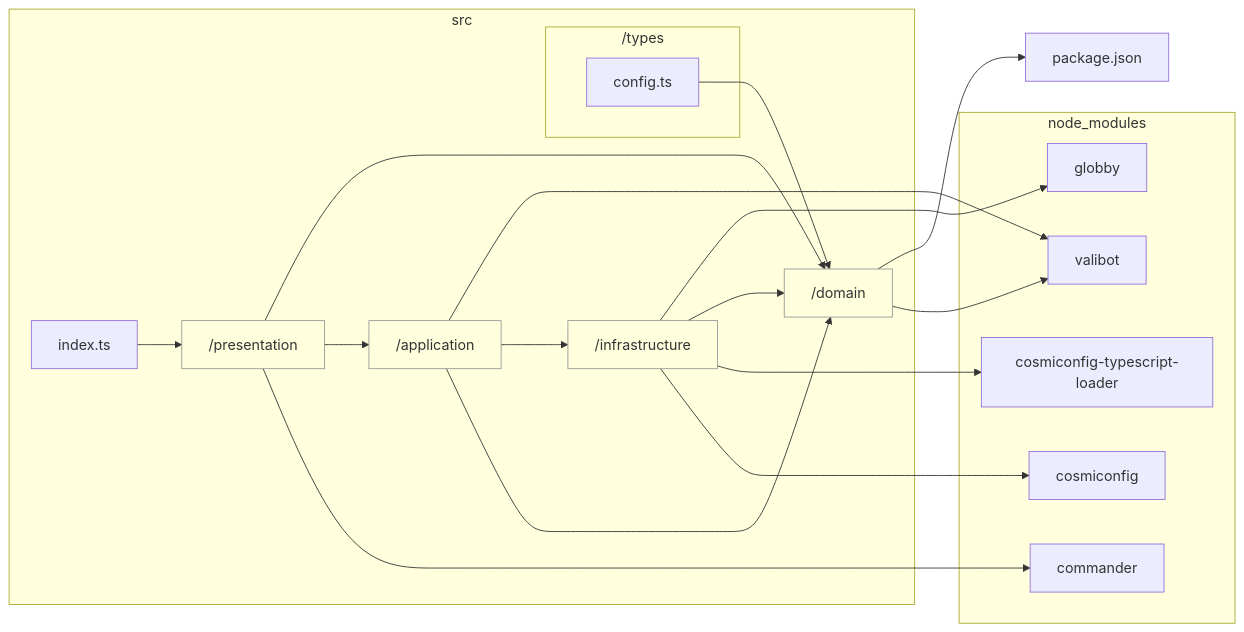
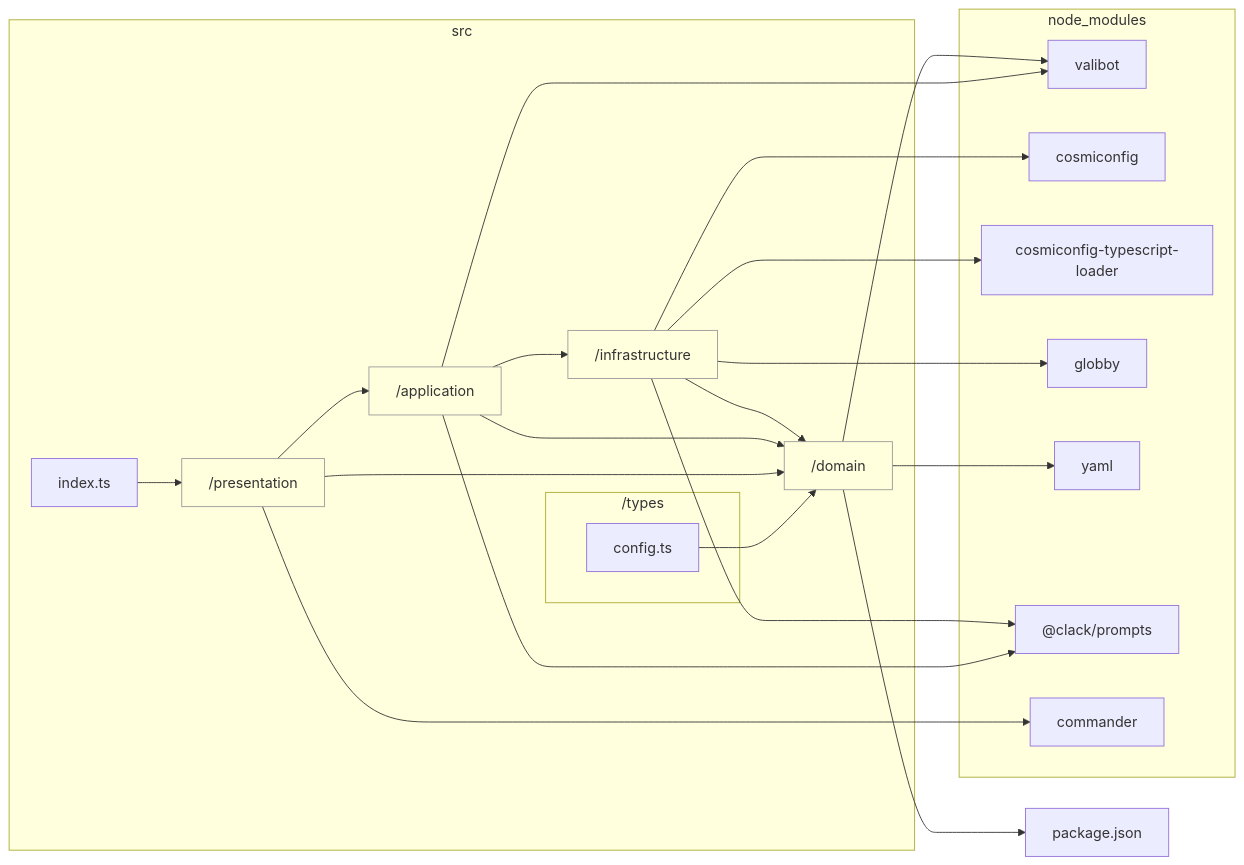
The diagram in docs/reports/dependencies/layers.md (sugurutakahashi-1234/mermaid-markdown-wrap), drawn with Mermaid before and after one commit. The commit also changed 12 other files, not shown here.

````diff
--- a/docs/reports/dependencies/layers.md
+++ b/docs/reports/dependencies/layers.md
@@ -7,35 +7,40 @@
 ```mermaid
 flowchart LR
     classDef dir fill:#0000,stroke:#999
     subgraph src["src"]
         src/domain["/domain"]:::dir
         src/infrastructure["/infrastructure"]:::dir
         src/application["/application"]:::dir
         src/presentation["/presentation"]:::dir
         src/index.ts["index.ts"]
         subgraph src/types["/types"]
             src/types/config.ts["config.ts"]
         end
     end
     subgraph node//modules["node_modules"]
         node//modules/valibot/dist/index.d.cts["valibot"]
         node//modules/cosmiconfig/dist/index.d.ts["cosmiconfig"]
         node//modules/cosmiconfig//typescript//loader/dist/types/index.d.ts["cosmiconfig-typescript-loader"]
         node//modules/globby/index.d.ts["globby"]
+        node//modules/yaml/dist/index.d.ts["yaml"]
+        node//modules///clack/prompts/dist/index.d.ts["@clack/prompts"]
         node//modules/commander/typings/index.d.ts["commander"]
     end
     src/domain-->node//modules/valibot/dist/index.d.cts
     src/domain-->package.json
     src/infrastructure-->node//modules/cosmiconfig/dist/index.d.ts
     src/infrastructure-->node//modules/cosmiconfig//typescript//loader/dist/types/index.d.ts
     src/infrastructure-->src/domain
     src/infrastructure-->node//modules/globby/index.d.ts
     src/application-->src/domain
     src/application-->src/infrastructure
+    src/domain-->node//modules/yaml/dist/index.d.ts
+    src/infrastructure-->node//modules///clack/prompts/dist/index.d.ts
+    src/application-->node//modules///clack/prompts/dist/index.d.ts
     src/application-->node//modules/valibot/dist/index.d.cts
     src/presentation-->node//modules/commander/typings/index.d.ts
     src/presentation-->src/application
     src/presentation-->src/domain
     src/index.ts-->src/presentation
     src/types/config.ts-->src/domain
 ```
````
